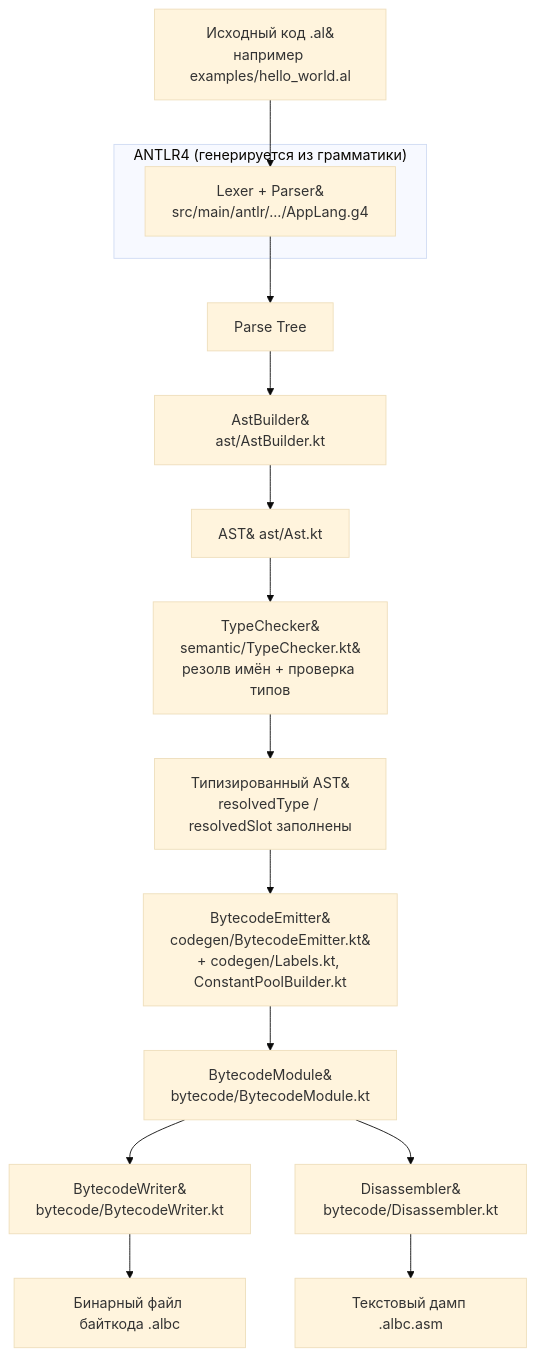
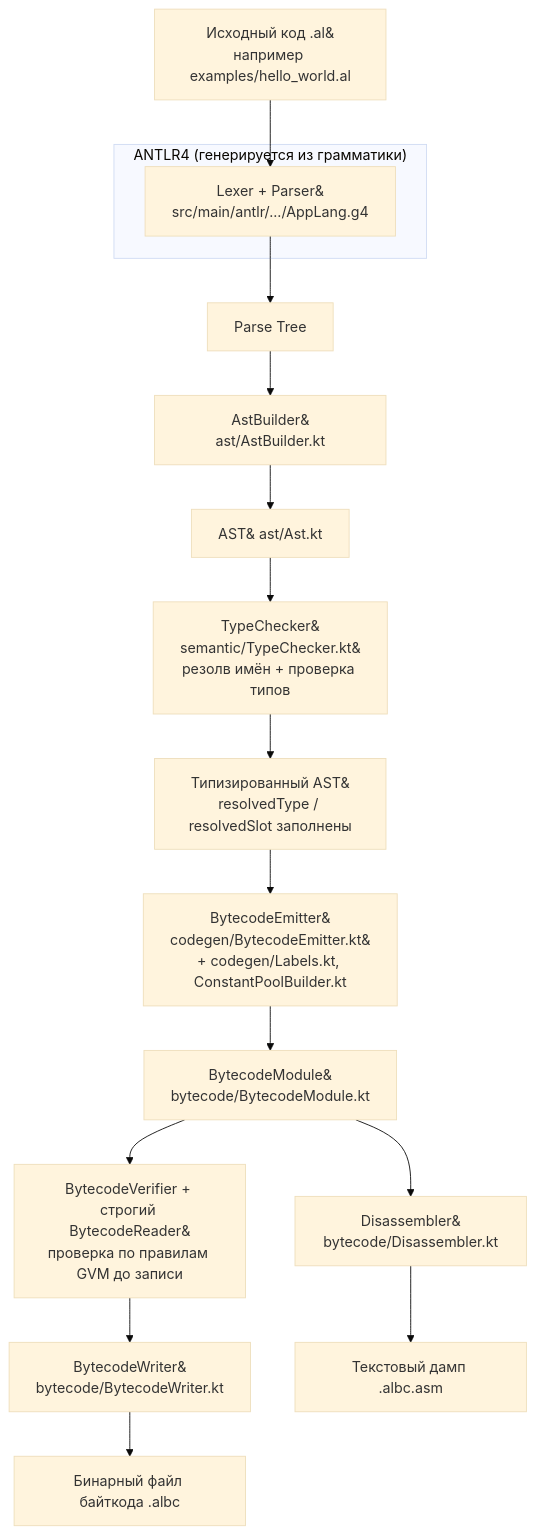
The diagram in README.md (ITMOdefence/Gon-On), drawn with Mermaid (base theme) before and after one commit. The commit also changed other lines of this file and 15 other files, not shown here.

First line of the commit message:
BASE-06, BASE-07: проверка байткода до записи и строгий reference-reader

````diff
--- a/README.md
+++ b/README.md
@@ -18,20 +18,21 @@
 ```mermaid
 flowchart TD
     A["Исходный код .al&#10;например examples/hello_world.al"] --> B
 
     subgraph ANTLR4["ANTLR4 (генерируется из грамматики)"]
         B["Lexer + Parser&#10;src/main/antlr/.../AppLang.g4"]
     end
 
     B --> C["Parse Tree"]
     C --> D["AstBuilder&#10;ast/AstBuilder.kt"]
     D --> E["AST&#10;ast/Ast.kt"]
     E --> F["TypeChecker&#10;semantic/TypeChecker.kt&#10;резолв имён + проверка типов"]
     F --> G["Типизированный AST&#10;resolvedType / resolvedSlot заполнены"]
     G --> H["BytecodeEmitter&#10;codegen/BytecodeEmitter.kt&#10;+ codegen/Labels.kt, ConstantPoolBuilder.kt"]
     H --> I["BytecodeModule&#10;bytecode/BytecodeModule.kt"]
-    I --> J["BytecodeWriter&#10;bytecode/BytecodeWriter.kt"]
+    I --> V["BytecodeVerifier + строгий BytecodeReader&#10;проверка по правилам GVM до записи"]
+    V --> J["BytecodeWriter&#10;bytecode/BytecodeWriter.kt"]
     J --> K["Бинарный файл байткода .albc"]
     I --> L["Disassembler&#10;bytecode/Disassembler.kt"]
     L --> M["Текстовый дамп .albc.asm"]
 ```
````
